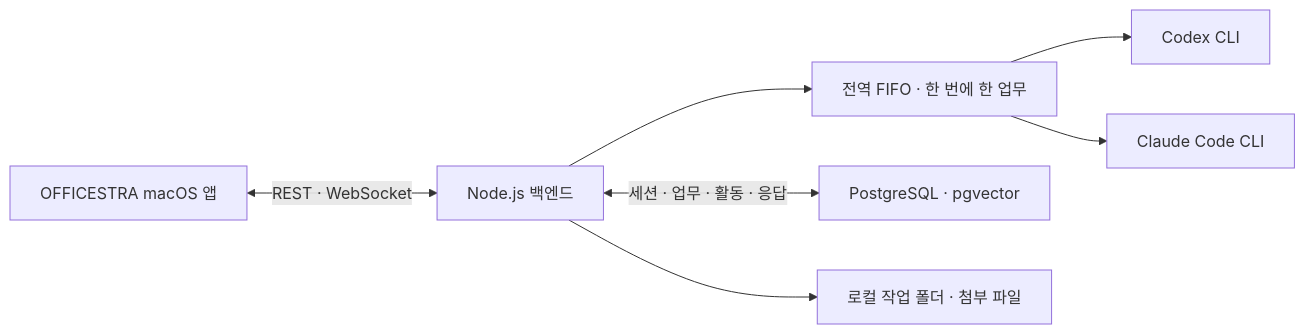
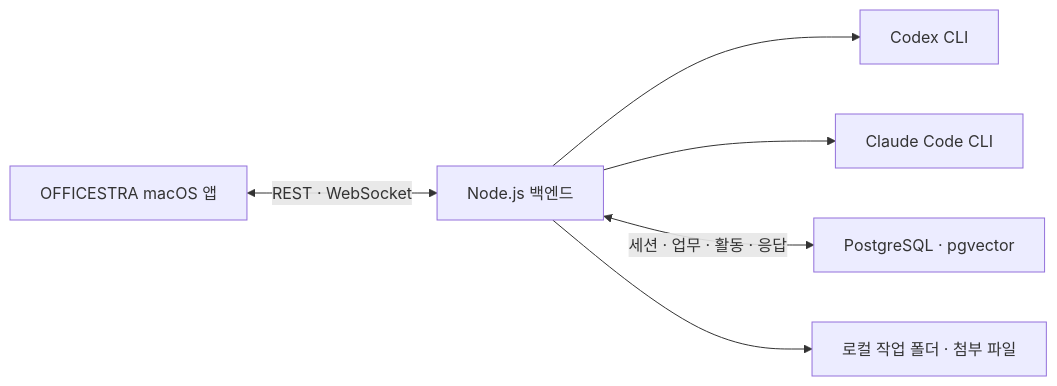
One commit to neosp8888-design/office changed the diagram in README.md. Above: the diagram before and after it, drawn with Mermaid. The commit also changed other lines of this file and 6 other files, not shown here.

````diff
--- a/README.md
+++ b/README.md
@@ -110,9 +110,8 @@
 ```mermaid
 flowchart LR
     UI["OFFICESTRA macOS 앱"] <-->|"REST · WebSocket"| API["Node.js 백엔드"]
-    API --> Q["전역 FIFO · 한 번에 한 업무"]
-    Q --> CX["Codex CLI"]
-    Q --> CL["Claude Code CLI"]
+    API --> CX["Codex CLI"]
+    API --> CL["Claude Code CLI"]
     API <-->|"세션 · 업무 · 활동 · 응답"| DB["PostgreSQL · pgvector"]
     API --> FS["로컬 작업 폴더 · 첨부 파일"]
 ```
````
